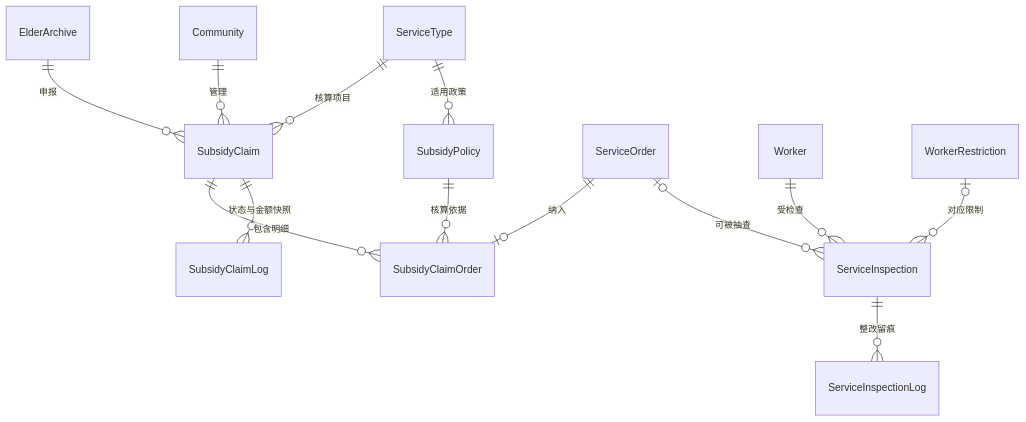
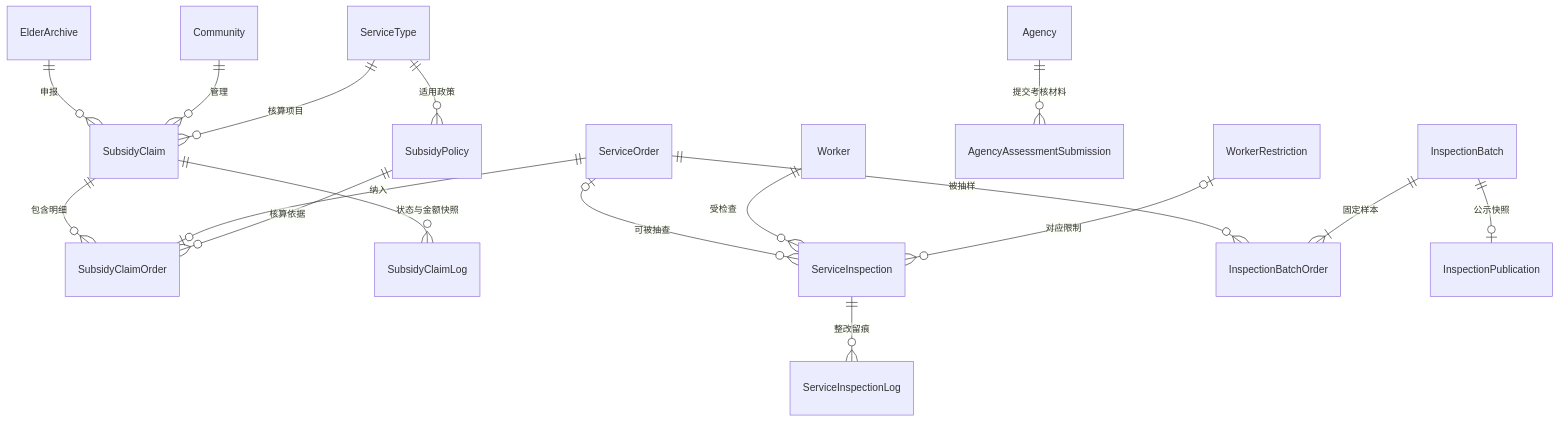
One commit to Maoooooxz/kanglao-care-platform changed the seventh of 8 diagrams in docs/database-design.md. Above: the diagram before and after it, drawn with Mermaid. The commit also changed other lines of this file and 31 other files, not shown here.

```diff
--- a/docs/database-design.md
+++ b/docs/database-design.md
@@ -135,15 +135,19 @@
 ~~~mermaid
 erDiagram
     ElderArchive ||--o{ SubsidyClaim : 申报
     Community ||--o{ SubsidyClaim : 管理
     ServiceType ||--o{ SubsidyClaim : 核算项目
     ServiceType ||--o{ SubsidyPolicy : 适用政策
     SubsidyClaim ||--o{ SubsidyClaimOrder : 包含明细
     ServiceOrder ||--o| SubsidyClaimOrder : 纳入
     SubsidyPolicy ||--o{ SubsidyClaimOrder : 核算依据
     SubsidyClaim ||--o{ SubsidyClaimLog : 状态与金额快照
     ServiceOrder o|--o{ ServiceInspection : 可被抽查
+    ServiceOrder ||--o{ InspectionBatchOrder : 被抽样
+    InspectionBatch ||--|{ InspectionBatchOrder : 固定样本
+    InspectionBatch ||--o| InspectionPublication : 公示快照
+    Agency ||--o{ AgencyAssessmentSubmission : 提交考核材料
     Worker ||--o{ ServiceInspection : 受检查
     WorkerRestriction o|--o{ ServiceInspection : 对应限制
     ServiceInspection ||--o{ ServiceInspectionLog : 整改留痕
 ~~~
```
